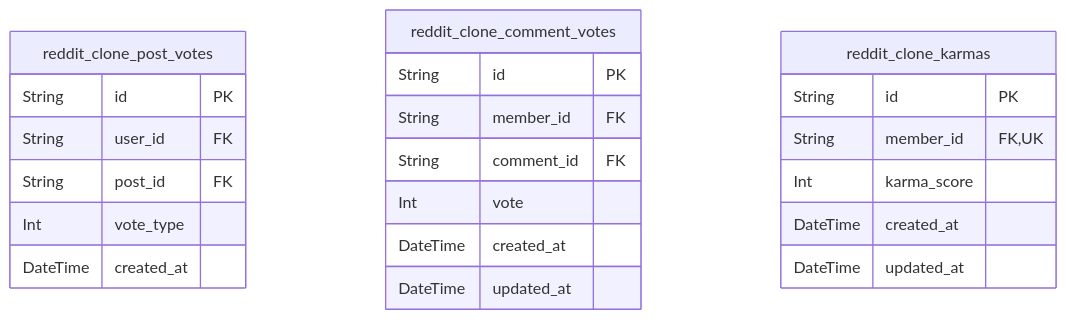
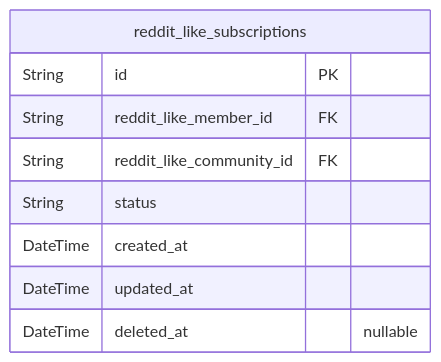
One commit to wrtnlabs/autobe-examples changed the fourth of 6 diagrams in qwen/qwen3-coder-next/reddit/docs/ERD.md. Above: the diagram before and after it, drawn with Mermaid. The commit also changed other lines of this file and 17098 other files, not shown here.

````diff
--- a/qwen/qwen3-coder-next/reddit/docs/ERD.md
+++ b/qwen/qwen3-coder-next/reddit/docs/ERD.md
@@ -981,25 +819,12 @@
 ```mermaid
 erDiagram
-"reddit_clone_post_votes" {
+"reddit_like_subscriptions" {
   String id PK
-  String user_id FK
-  String post_id FK
-  Int vote_type
-  DateTime created_at
-}
-"reddit_clone_comment_votes" {
-  String id PK
-  String member_id FK
-  String comment_id FK
-  Int vote
+  String reddit_like_member_id FK
+  String reddit_like_community_id FK
+  String status
   DateTime created_at
   DateTime updated_at
-}
-"reddit_clone_karmas" {
-  String id PK
-  String member_id FK,UK
-  Int karma_score
-  DateTime created_at
-  DateTime updated_at
+  DateTime deleted_at "nullable"
 }
 ```
````
